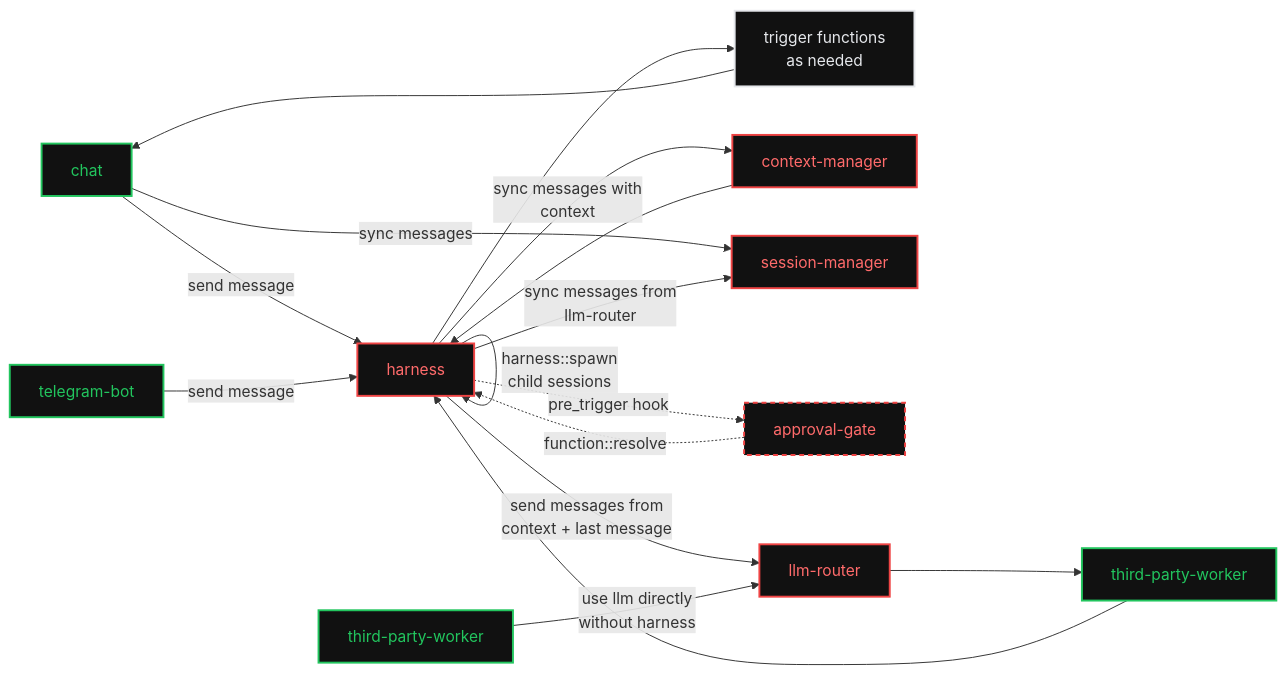
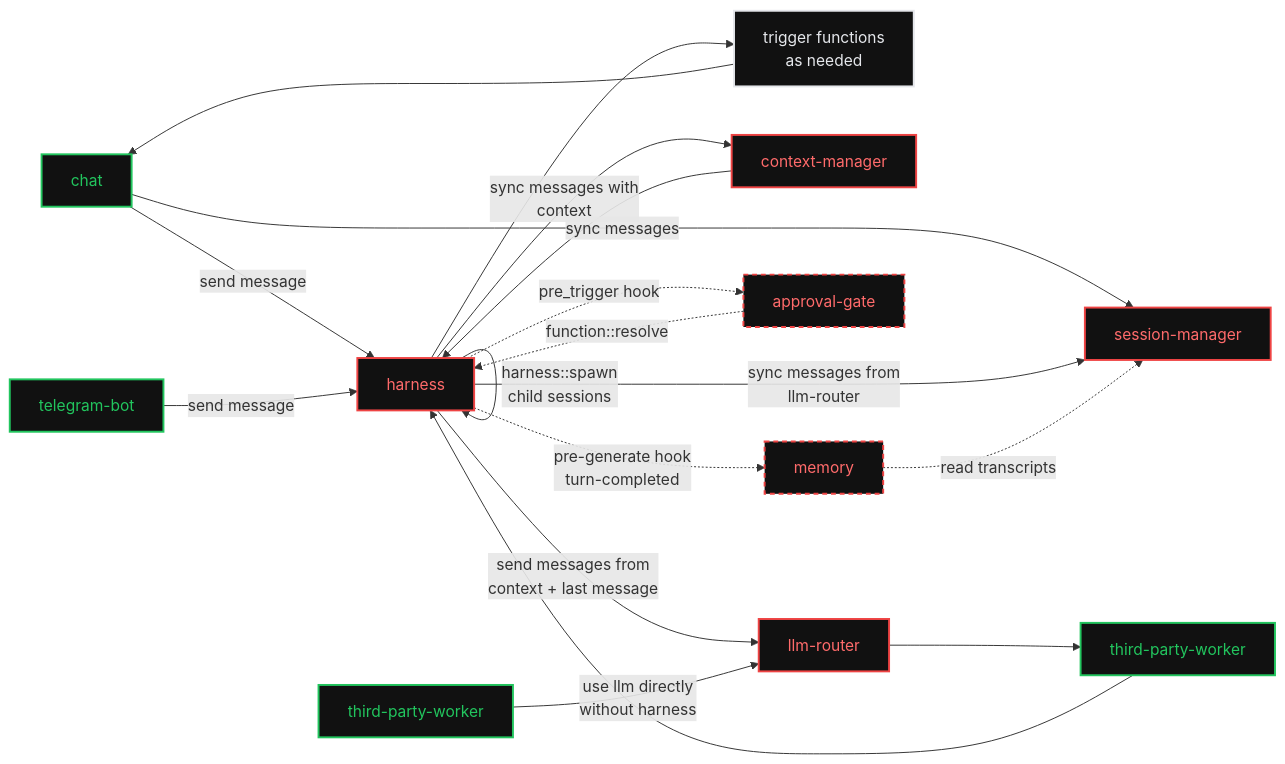
One commit to iii-hq/workers changed the diagram in tech-specs/2026-06-agentic/README.md. Above: the diagram before and after it, drawn with Mermaid. The commit also changed other lines of this file and 13 other files, not shown here.

````diff
--- a/tech-specs/2026-06-agentic/README.md
+++ b/tech-specs/2026-06-agentic/README.md
@@ -14,57 +14,62 @@
 ```mermaid
 flowchart LR
   %% Nodes
   chat["chat"]
   tg["telegram-bot"]
   funcs["trigger functions<br/>as needed"]
   ctx["context-manager"]
   harness["harness"]
   session["session-manager"]
   tpTop["third-party-worker"]
   router["llm-router"]
   tpBottom["third-party-worker"]
   gate["approval-gate"]
+  mem["memory"]
 
   %% Chat flow
   chat -->|"send message"| harness
   chat -->|"sync messages"| session
 
   %% Telegram flow
   tg -->|"send message"| harness
 
   %% Harness orchestration
   harness -->|"sync messages with<br/>context"| ctx
   ctx --> harness
 
   harness -->|"sync messages from<br/>llm-router"| session
 
   %% Function trigger
   harness --> funcs
   funcs --> chat
 
   %% Sub-agents (spawn/join)
   harness -->|"harness::spawn<br/>child sessions"| harness
 
   %% Optional approval sibling (pre_trigger hook + resolve)
   harness -.->|"pre_trigger hook"| gate
   gate -.->|"function::resolve"| harness
 
+  %% Optional memory sibling (pre-generate hook + post-turn extraction)
+  harness -.->|"pre-generate hook<br/>turn-completed"| mem
+  mem -.->|"read transcripts"| session
+
   %% LLM routing
   harness -->|"send messages from<br/>context + last message"| router
 
   %% Workers
   tpTop --> harness
   tpBottom -->|"use llm directly<br/>without harness"| router
   router --> tpTop
 
   %% Styling
   classDef green fill:#111,stroke:#22c55e,color:#22c55e,stroke-width:2px;
   classDef red fill:#111,stroke:#ef4444,color:#ff6b6b,stroke-width:2px;
   classDef white fill:#111,stroke:#e5e7eb,color:#e5e7eb,stroke-width:2px;
   classDef sibling fill:#111,stroke:#ef4444,color:#ff6b6b,stroke-width:2px,stroke-dasharray:5 4;
 
   class chat,tg,tpTop,tpBottom green;
   class ctx,harness,session,router red;
   class funcs white;
-  class gate sibling;
+  class gate,mem sibling;
 ```
````
